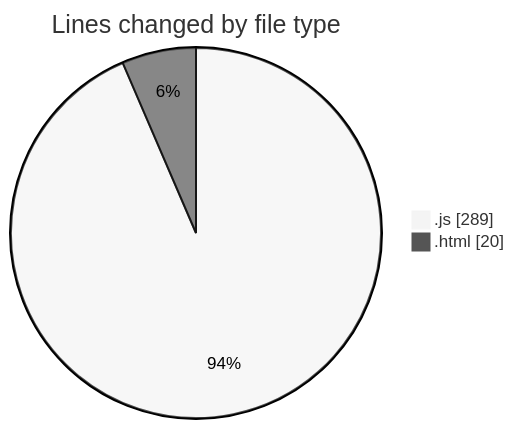
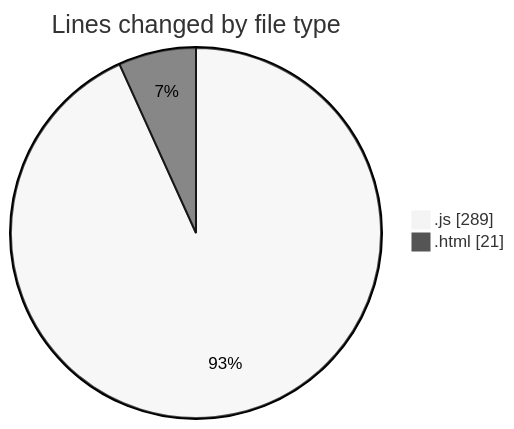
The first of 2 diagrams in 2025-08-09/javascript/README.md (Ritupan-Deka/code-tracking), drawn with Mermaid (neutral theme) before and after one commit. The commit also changed other lines of this file and 1 other file, not shown here.

````diff
--- a/2025-08-09/javascript/README.md
+++ b/2025-08-09/javascript/README.md
@@ -21,6 +21,6 @@
 ```mermaid
 pie showData
 title Lines changed by file type
 ".js" : 289
-".html" : 20
+".html" : 21
 ```
````
